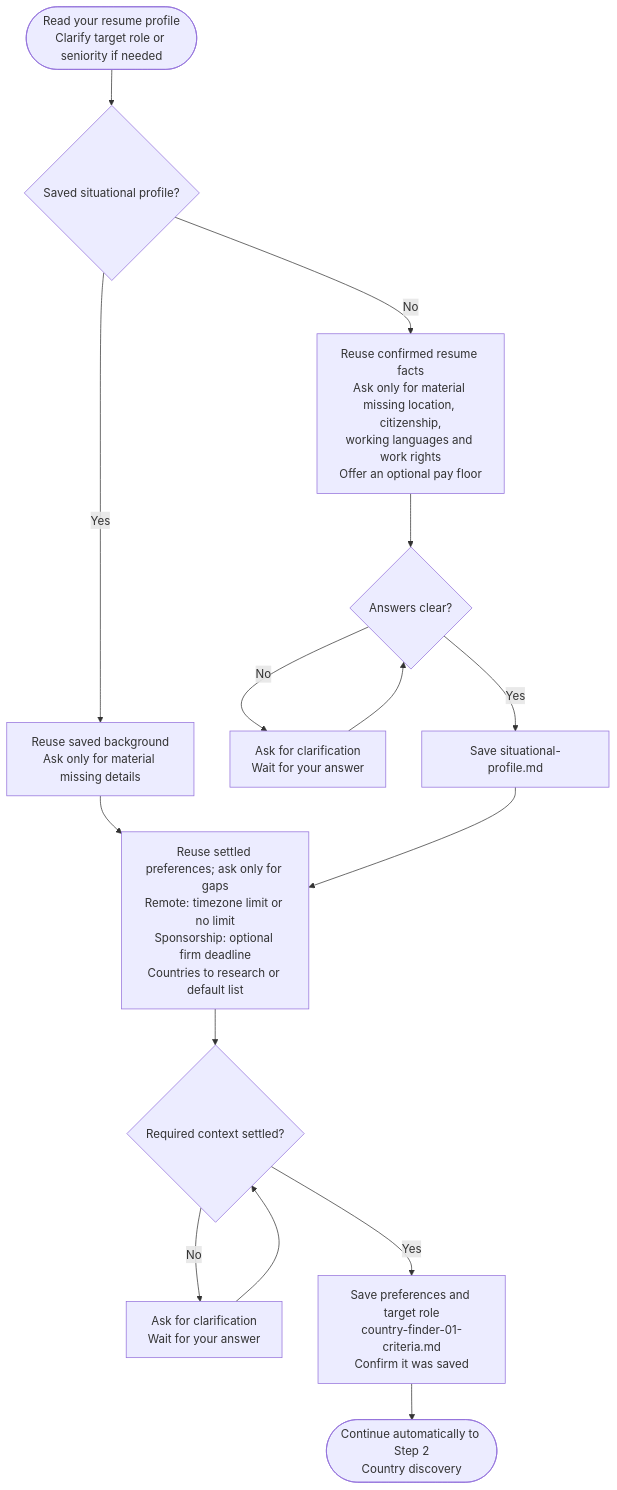
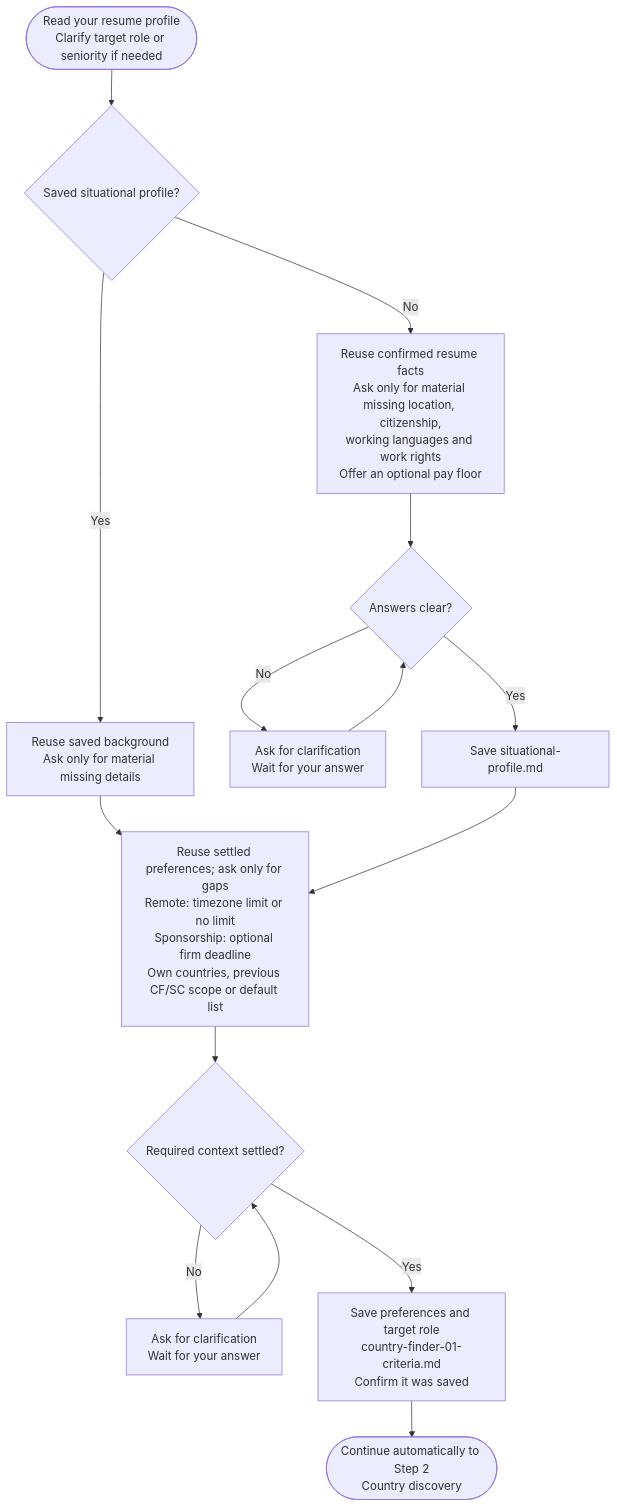
One commit to myowinthein/agent-compass changed the diagram in docs/commands/country-finder/step1-criteria-intake/detailed.md. Above: the diagram before and after it, drawn with Mermaid. The commit also changed other lines of this file and 26 other files, not shown here.

````diff
--- a/docs/commands/country-finder/step1-criteria-intake/detailed.md
+++ b/docs/commands/country-finder/step1-criteria-intake/detailed.md
@@ -24,18 +25,18 @@
 ```mermaid
 flowchart TD
   Start(["Read your resume profile<br/>Clarify target role or seniority if needed"]) --> Existing{"Saved situational profile?"}
   Existing -->|Yes| Reuse["Reuse saved background<br/>Ask only for material missing details"]
   Existing -->|No| Background["Reuse confirmed resume facts<br/>Ask only for material missing location, citizenship,<br/>working languages and work rights<br/>Offer an optional pay floor"]
   Background --> BackgroundClear{"Answers clear?"}
   BackgroundClear -->|No| ClarifyBackground["Ask for clarification<br/>Wait for your answer"]
   ClarifyBackground --> BackgroundClear
   BackgroundClear -->|Yes| SaveBackground["Save situational-profile.md"]
 
-  Reuse --> Criteria["Reuse settled preferences; ask only for gaps<br/>Remote: timezone limit or no limit<br/>Sponsorship: optional firm deadline<br/>Countries to research or default list"]
+  Reuse --> Criteria["Reuse settled preferences; ask only for gaps<br/>Remote: timezone limit or no limit<br/>Sponsorship: optional firm deadline<br/>Own countries, previous CF/SC scope or default list"]
   SaveBackground --> Criteria
   Criteria --> CriteriaClear{"Required context settled?"}
   CriteriaClear -->|No| ClarifyCriteria["Ask for clarification<br/>Wait for your answer"]
   ClarifyCriteria --> CriteriaClear
   CriteriaClear -->|Yes| Save["Save preferences and target role<br/>country-finder-01-criteria.md<br/>Confirm it was saved"]
   Save --> Continue(["Continue automatically to Step 2<br/>Country discovery"])
 ```
````
